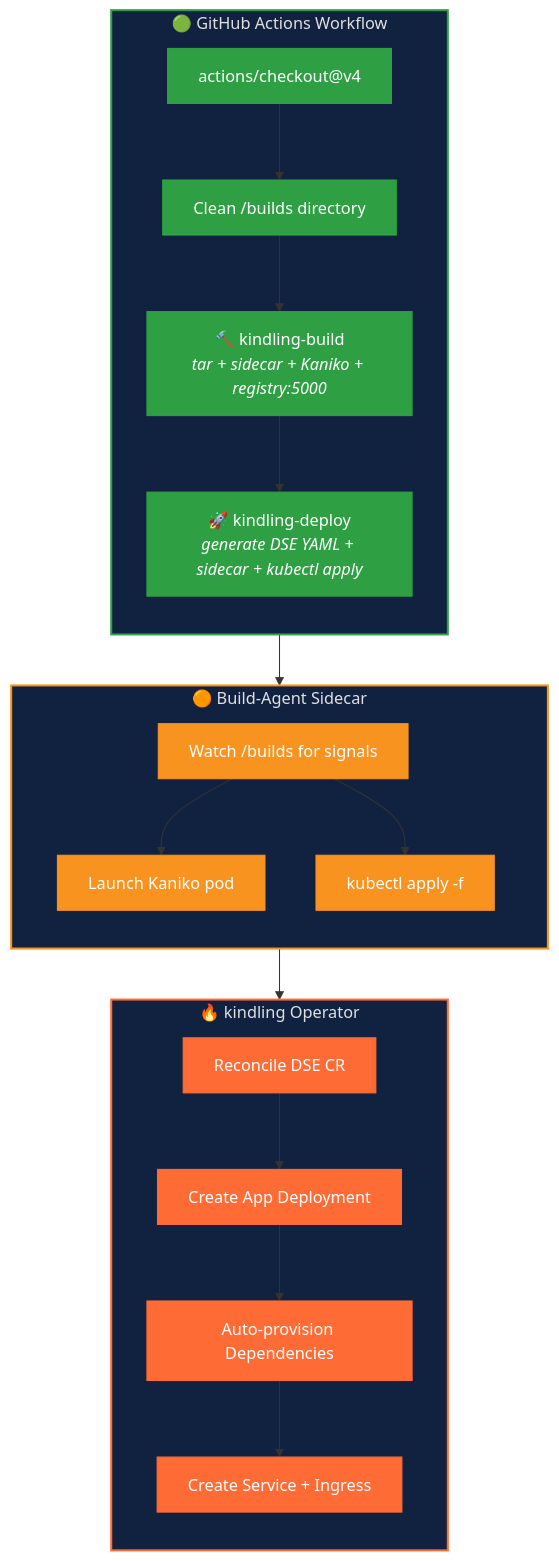
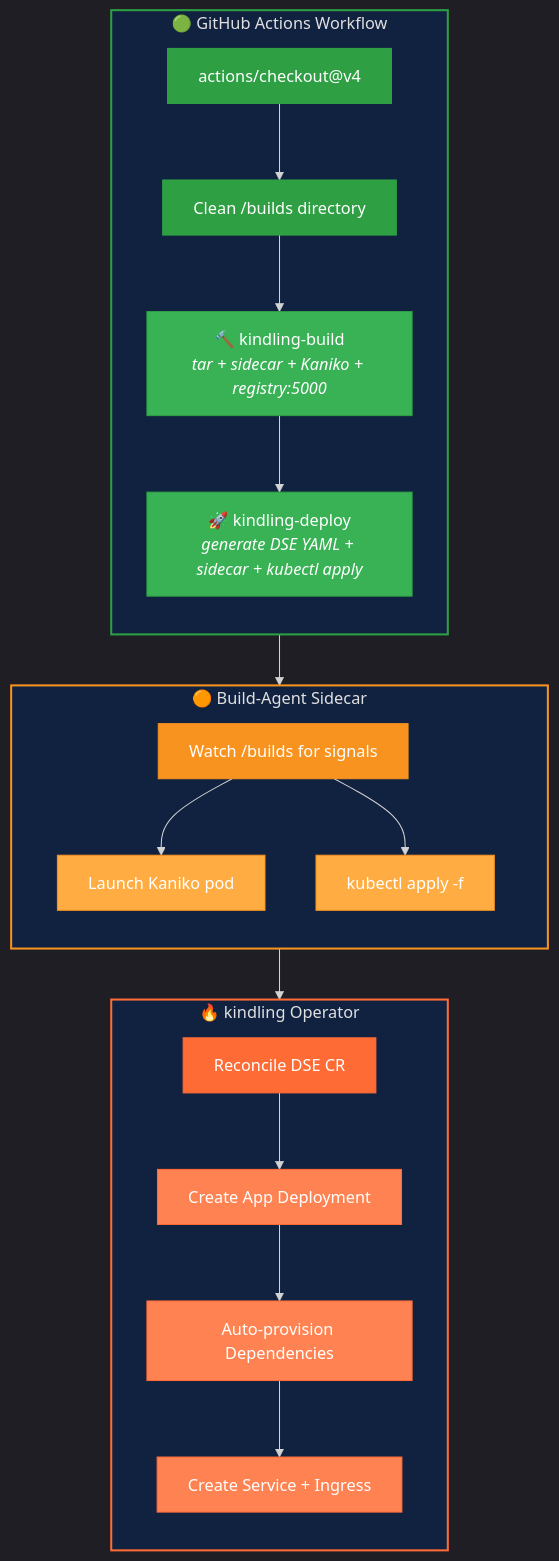
One commit to kindling-sh/kindling changed the third of 3 diagrams in README.md. Above: the diagram before and after it, drawn with Mermaid. The commit also changed other lines of this file and 4 other files, not shown here.

Commit message:
docs: add dark theme init to all Mermaid diagrams, improve node contrast

````diff
--- a/README.md
+++ b/README.md
@@ -681,46 +683,47 @@
 ```mermaid
+%%{init: {'theme': 'dark'}}%%
 flowchart TB
     subgraph workflow["🟢 GitHub Actions Workflow"]
         direction TB
         checkout["actions/checkout@v4"]
         clean["Clean /builds directory"]
         build["🔨 kindling-build\n<i>tar + sidecar + Kaniko + registry:5000</i>"]
         deploy["🚀 kindling-deploy\n<i>generate DSE YAML + sidecar + kubectl apply</i>"]
         checkout --> clean --> build --> deploy
     end
 
     subgraph sidecar["🟠 Build-Agent Sidecar"]
         direction TB
         watch["Watch /builds for signals"]
         kaniko["Launch Kaniko pod"]
         apply["kubectl apply -f"]
         watch --> kaniko
         watch --> apply
     end
 
     subgraph operator["🔥 kindling Operator"]
         direction TB
         reconcile["Reconcile DSE CR"]
         app_dep["Create App Deployment"]
         deps["Auto-provision Dependencies"]
         svc["Create Service + Ingress"]
         reconcile --> app_dep --> deps --> svc
     end
 
     workflow --> sidecar --> operator
 
     style workflow fill:#112240,stroke:#2ea043,color:#e0e0e0,stroke-width:2px
     style sidecar fill:#112240,stroke:#F7931E,color:#e0e0e0,stroke-width:2px
     style operator fill:#112240,stroke:#FF6B35,color:#e0e0e0,stroke-width:2px
     style checkout fill:#2ea043,stroke:#2ea043,color:#fff
     style clean fill:#2ea043,stroke:#2ea043,color:#fff
-    style build fill:#2ea043,stroke:#2ea043,color:#fff
-    style deploy fill:#2ea043,stroke:#2ea043,color:#fff
+    style build fill:#38b255,stroke:#2ea043,color:#fff
+    style deploy fill:#38b255,stroke:#2ea043,color:#fff
     style watch fill:#F7931E,stroke:#F7931E,color:#fff
-    style kaniko fill:#F7931E,stroke:#F7931E,color:#fff
-    style apply fill:#F7931E,stroke:#F7931E,color:#fff
+    style kaniko fill:#ffad42,stroke:#F7931E,color:#fff
+    style apply fill:#ffad42,stroke:#F7931E,color:#fff
     style reconcile fill:#FF6B35,stroke:#FF6B35,color:#fff
-    style app_dep fill:#FF6B35,stroke:#FF6B35,color:#fff
-    style deps fill:#FF6B35,stroke:#FF6B35,color:#fff
-    style svc fill:#FF6B35,stroke:#FF6B35,color:#fff
+    style app_dep fill:#ff8352,stroke:#FF6B35,color:#fff
+    style deps fill:#ff8352,stroke:#FF6B35,color:#fff
+    style svc fill:#ff8352,stroke:#FF6B35,color:#fff
 ```
````
